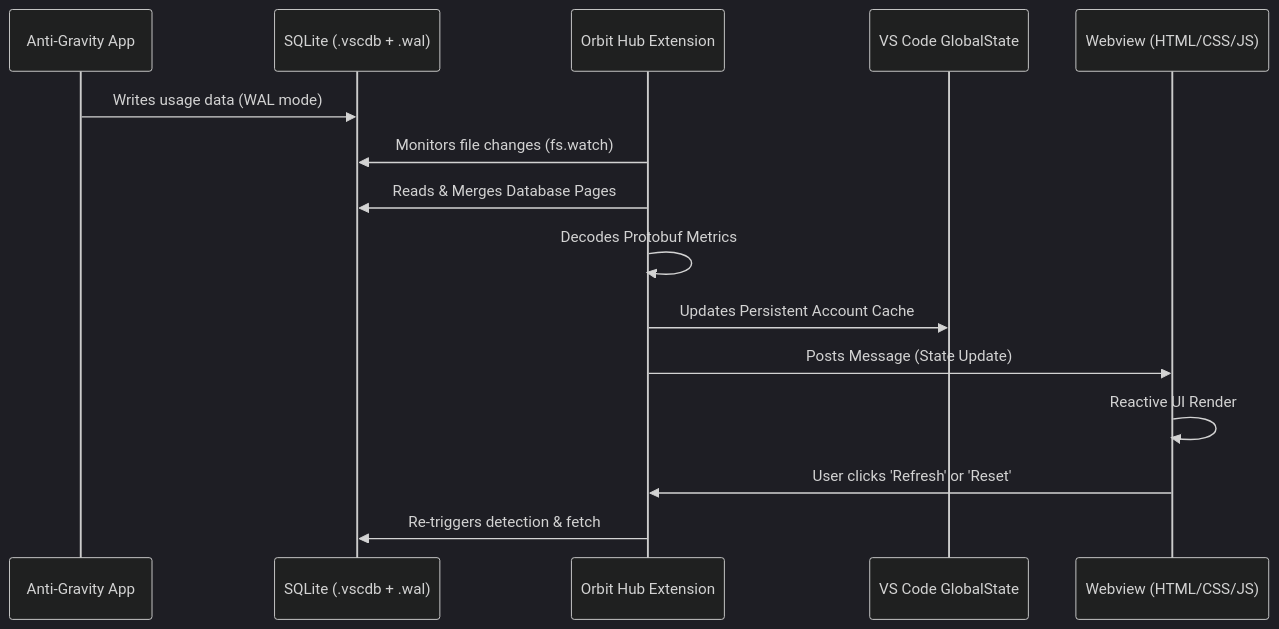
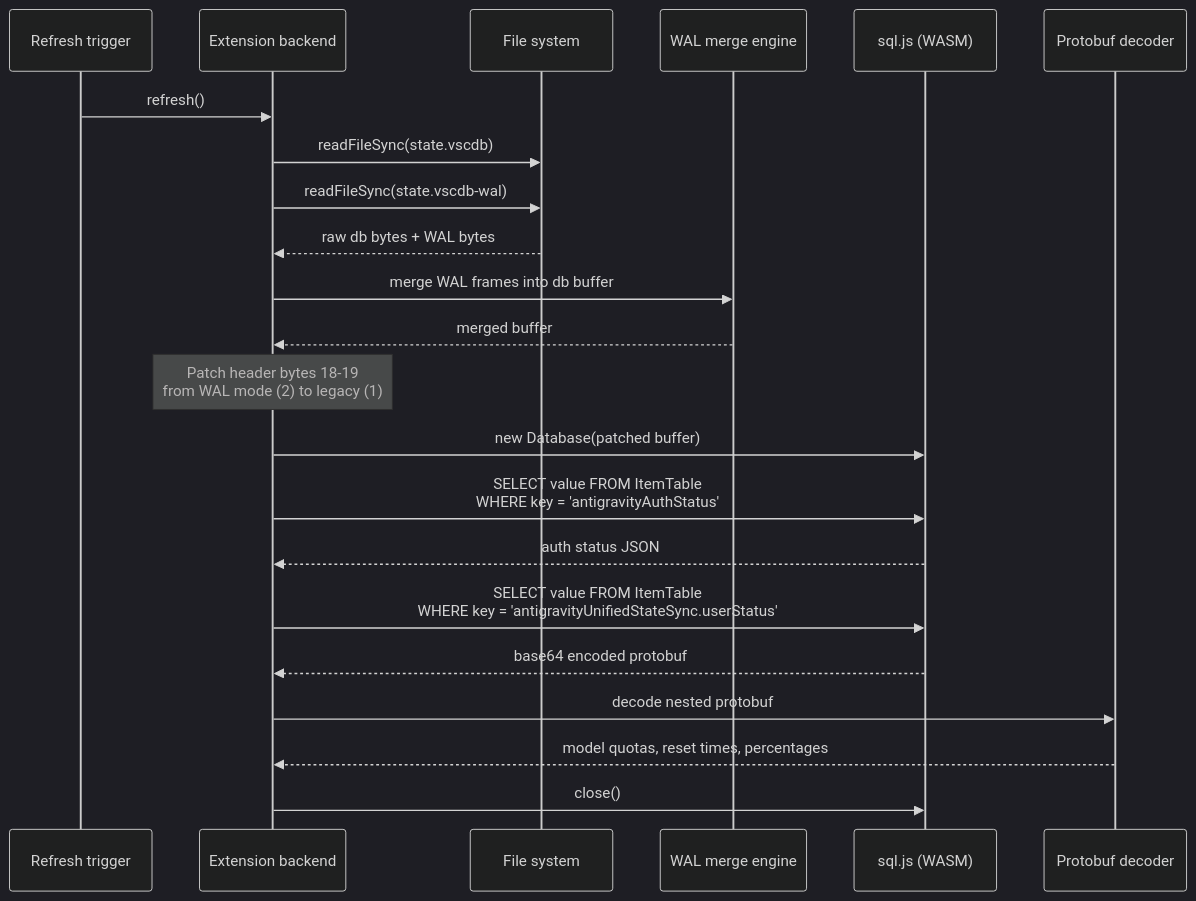
One commit to amEya911/Orbit-Hub changed the second of 3 diagrams in README.md. Above: the diagram before and after it, drawn with Mermaid (dark theme). The commit also changed other lines of this file and 5 other files, not shown here.

````diff
--- a/README.md
+++ b/README.md
@@ -38,18 +37,25 @@
 ```mermaid
 sequenceDiagram
-    participant AG as Anti-Gravity App
-    participant Disk as SQLite (.vscdb + .wal)
-    participant EXT as Orbit Hub Extension
-    participant Cache as VS Code GlobalState
-    participant WV as Webview (HTML/CSS/JS)
+    participant Timer as Refresh trigger
+    participant EXT as Extension backend
+    participant Disk as File system
+    participant WAL as WAL merge engine
+    participant SQLJS as sql.js (WASM)
+    participant Proto as Protobuf decoder
 
-    AG->>Disk: Writes usage data (WAL mode)
-    EXT->>Disk: Monitors file changes (fs.watch)
-    EXT->>Disk: Reads & Merges Database Pages
-    EXT->>EXT: Decodes Protobuf Metrics
-    EXT->>Cache: Updates Persistent Account Cache
-    EXT->>WV: Posts Message (State Update)
-    WV->>WV: Reactive UI Render
-    WV->>EXT: User clicks 'Refresh' or 'Reset'
-    EXT->>Disk: Re-triggers detection & fetch
+    Timer->>EXT: refresh()
+    EXT->>Disk: readFileSync(state.vscdb)
+    EXT->>Disk: readFileSync(state.vscdb-wal)
+    Disk-->>EXT: raw db bytes + WAL bytes
+    EXT->>WAL: merge WAL frames into db buffer
+    WAL-->>EXT: merged buffer
+    Note over EXT: Patch header bytes 18-19<br/>from WAL mode (2) to legacy (1)
+    EXT->>SQLJS: new Database(patched buffer)
+    EXT->>SQLJS: SELECT value FROM ItemTable<br/>WHERE key = 'antigravityAuthStatus'
+    SQLJS-->>EXT: auth status JSON
+    EXT->>SQLJS: SELECT value FROM ItemTable<br/>WHERE key = 'antigravityUnifiedStateSync.userStatus'
+    SQLJS-->>EXT: base64 encoded protobuf
+    EXT->>Proto: decode nested protobuf
+    Proto-->>EXT: model quotas, reset times, percentages
+    EXT->>SQLJS: close()
 ```
````
